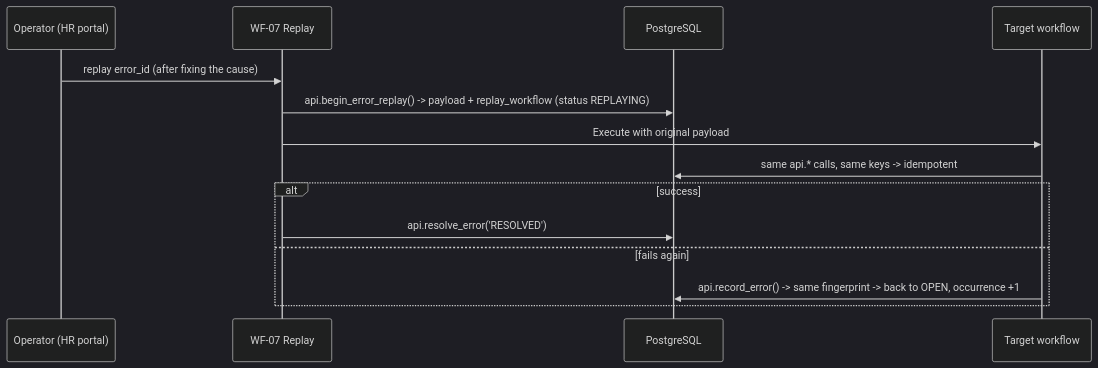
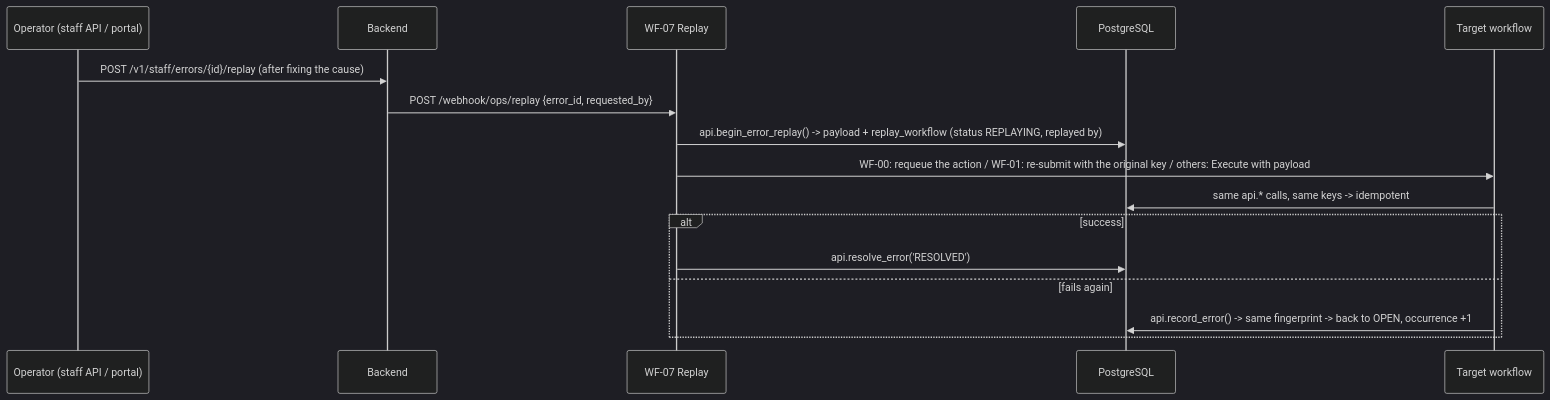
One commit to hassankhursheed/novatech-hiring-automation changed the diagram in docs/reliability.md. Above: the diagram before and after it, drawn with Mermaid (dark theme). The commit also changed other lines of this file and 9 other files, not shown here.

````diff
--- a/docs/reliability.md
+++ b/docs/reliability.md
@@ -62,16 +63,18 @@
 ```mermaid
 sequenceDiagram
-    participant Op as Operator (HR portal)
+    participant Op as Operator (staff API / portal)
+    participant BE as Backend
     participant WF7 as WF-07 Replay
     participant DB as PostgreSQL
     participant WFx as Target workflow
-    Op->>WF7: replay error_id (after fixing the cause)
-    WF7->>DB: api.begin_error_replay() -> payload + replay_workflow (status REPLAYING)
-    WF7->>WFx: Execute with original payload
+    Op->>BE: POST /v1/staff/errors/{id}/replay (after fixing the cause)
+    BE->>WF7: POST /webhook/ops/replay {error_id, requested_by}
+    WF7->>DB: api.begin_error_replay() -> payload + replay_workflow (status REPLAYING, replayed by)
+    WF7->>WFx: WF-00: requeue the action / WF-01: re-submit with the original key / others: Execute with payload
     WFx->>DB: same api.* calls, same keys -> idempotent
     alt success
         WF7->>DB: api.resolve_error('RESOLVED')
     else fails again
         WFx->>DB: api.record_error() -> same fingerprint -> back to OPEN, occurrence +1
     end
 ```
````
